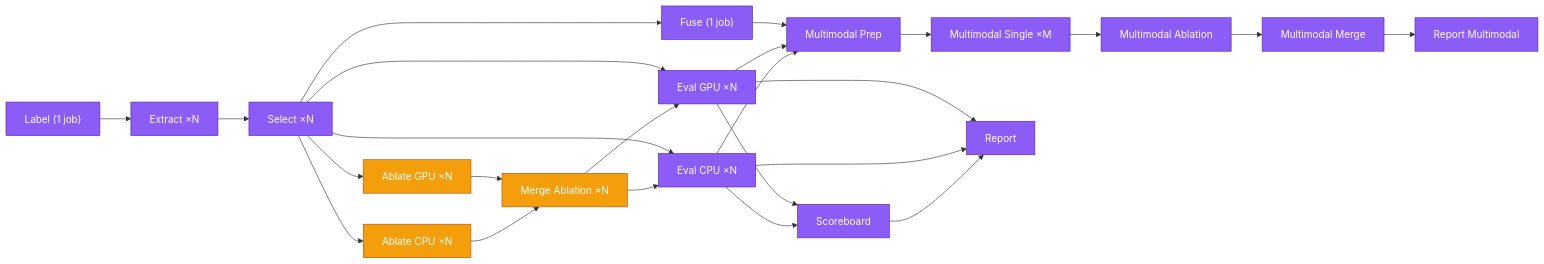
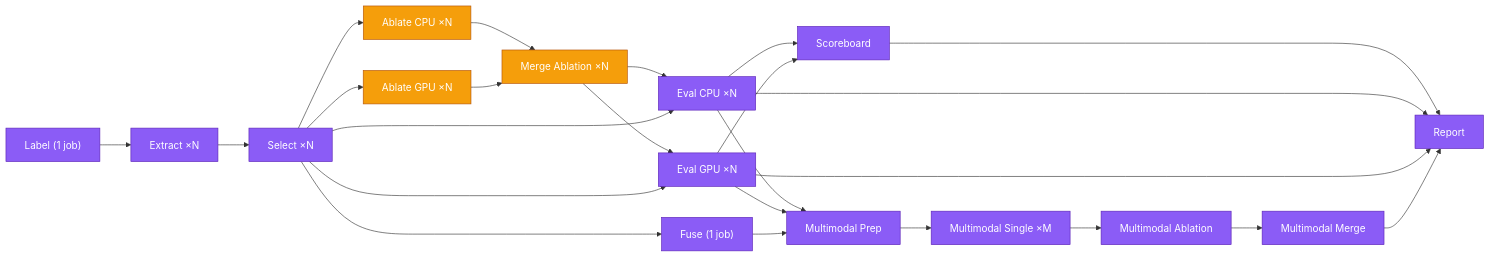
Before and after one commit to msk-access/kreview: the diagram in docs/operations/nextflow.md, drawn with Mermaid. The commit also changed other lines of this file, not shown here.

First line of the commit message:
docs(nextflow): purge deleted-module rot from the architecture section

````diff
--- a/docs/operations/nextflow.md
+++ b/docs/operations/nextflow.md
@@ -41,28 +39,28 @@
 ```mermaid
 graph LR
     classDef step fill:#8b5cf6,stroke:#5b21b6,color:#fff;
     classDef opt fill:#f59e0b,stroke:#b45309,color:#fff;
     A["Label (1 job)"]:::step --> B["Extract ×N"]:::step
     B --> C["Select ×N"]:::step
     C --> ABL_CPU["Ablate CPU ×N"]:::opt
     C --> ABL_GPU["Ablate GPU ×N"]:::opt
     ABL_CPU --> ABL_MERGE["Merge Ablation ×N"]:::opt
     ABL_GPU --> ABL_MERGE
     ABL_MERGE --> D["Eval CPU ×N"]:::step
     ABL_MERGE --> E["Eval GPU ×N"]:::step
     C --> D
     C --> E
     C --> F["Fuse (1 job)"]:::step
     D --> S["Scoreboard"]:::step
     E --> S
     D --> MM_PREP["Multimodal Prep"]:::step
     E --> MM_PREP
     F --> MM_PREP
     MM_PREP --> MM_SINGLE["Multimodal Single ×M"]:::step
     MM_SINGLE --> MM_ABLATION["Multimodal Ablation"]:::step
     MM_ABLATION --> MM_MERGE["Multimodal Merge"]:::step
     S --> H["Report"]:::step
     D --> H
     E --> H
-    MM_MERGE --> I["Report Multimodal"]:::step
+    MM_MERGE --> H
 ```
````
